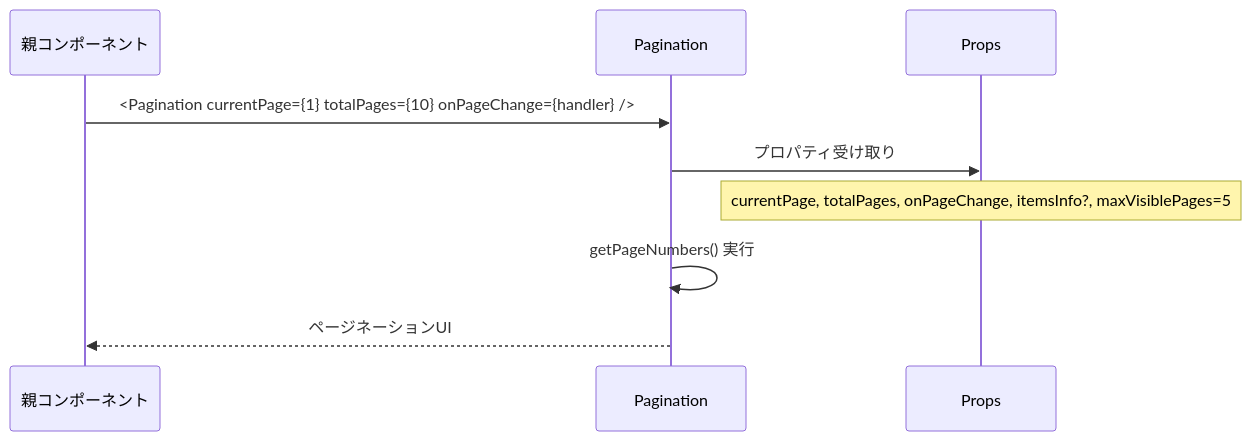
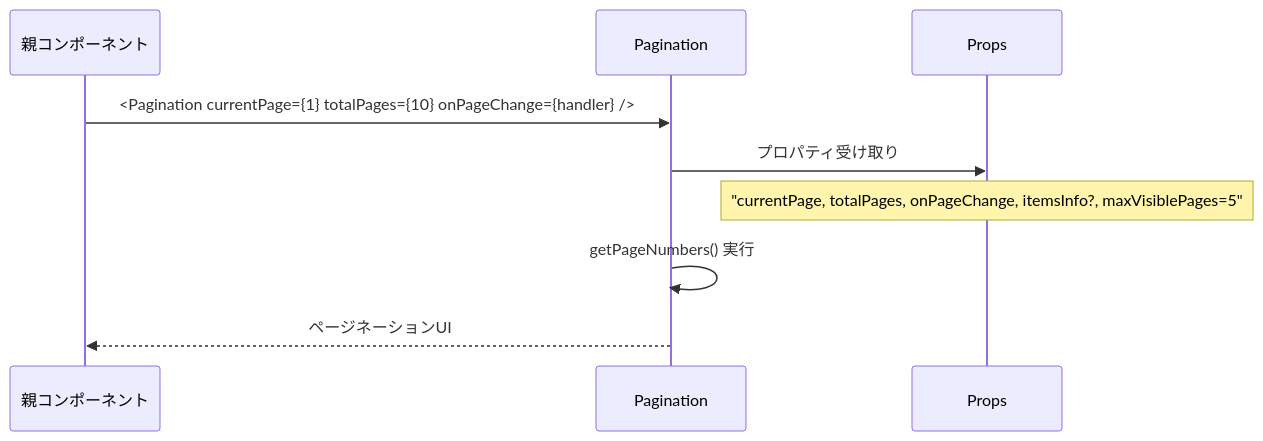
The first of 10 diagrams in document/components/sequence/Pagination.md (wasabi49/ocs-systemDevelopmentExercises), drawn with Mermaid before and after one commit. The commit also changed other lines of this file and 42 other files, not shown here.

First line of the commit message:
fix: mermaidシーケンス図のNote over文でダブルクォーテーション不足を修正

````diff
--- a/document/components/sequence/Pagination.md
+++ b/document/components/sequence/Pagination.md
@@ -8,12 +8,12 @@
 ```mermaid
 sequenceDiagram
     participant Parent as 親コンポーネント
     participant Pagination as Pagination
     participant Props as Props
 
     Parent->>Pagination: <Pagination currentPage={1} totalPages={10} onPageChange={handler} />
     Pagination->>Props: プロパティ受け取り
-    Note over Props: currentPage, totalPages, onPageChange, itemsInfo?, maxVisiblePages=5
+    Note over Props: "currentPage, totalPages, onPageChange, itemsInfo?, maxVisiblePages=5"
     Pagination->>Pagination: getPageNumbers() 実行
     Pagination-->>Parent: ページネーションUI
 ```
````
